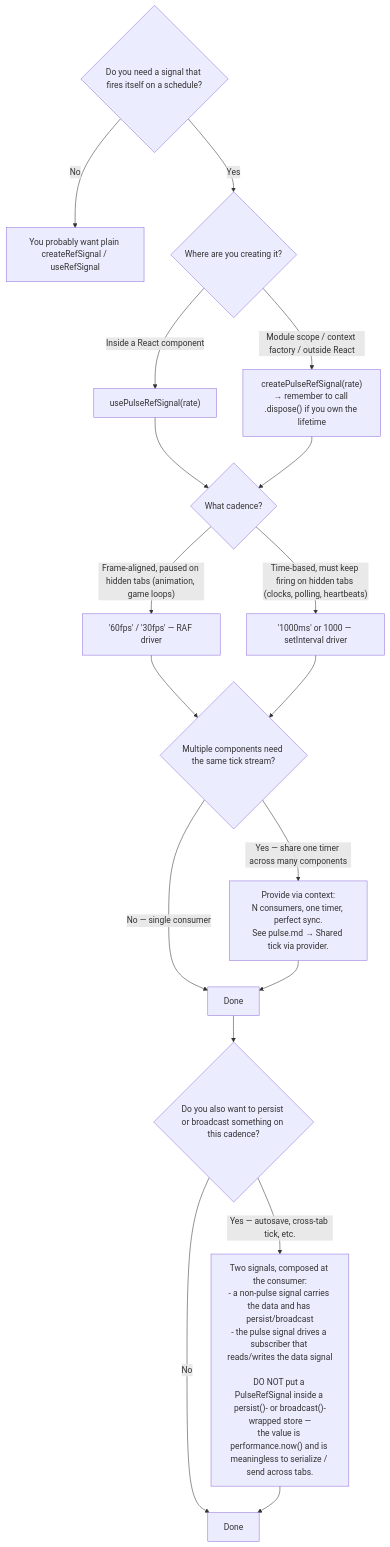
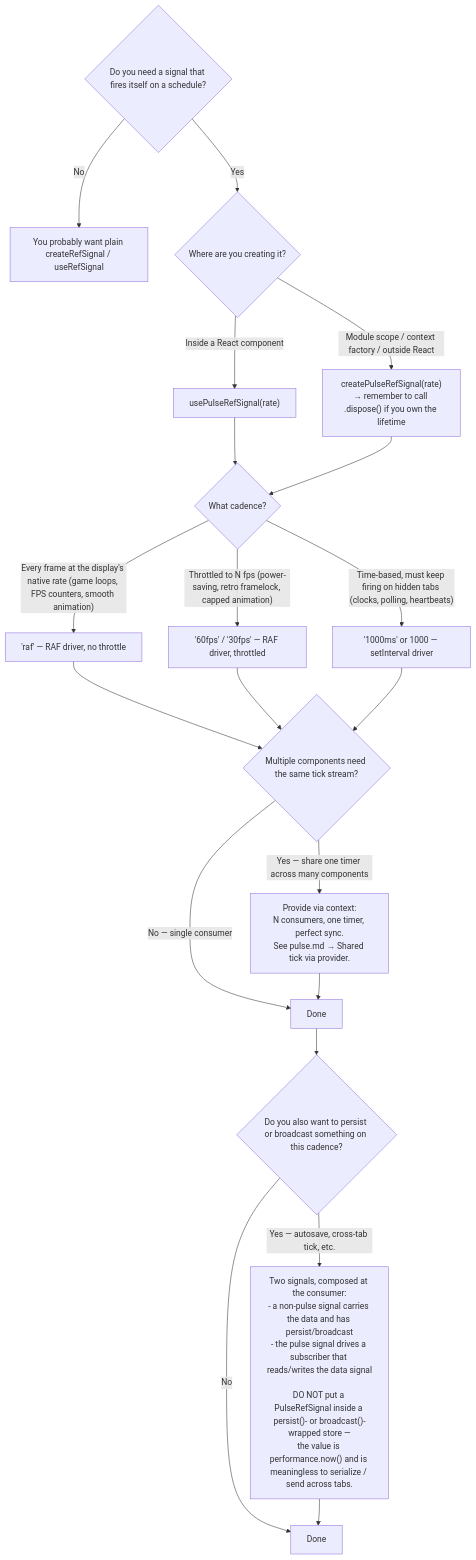
Before and after one commit to jav974/react-refsignal: diagram 12 of 12 in docs/decision-tree.md, drawn with Mermaid. The commit also changed 5 other files, not shown here.

Commit message:
feat: 'raf' pulse rate

````diff
--- a/docs/decision-tree.md
+++ b/docs/decision-tree.md
@@ -289,24 +289,25 @@
 ```mermaid
 flowchart TD
     Q1{"Do you need a signal that fires itself on a schedule?"}
     Q1 -->|No| Done0["You probably want plain createRefSignal / useRefSignal"]
     Q1 -->|Yes| Q2{"Where are you creating it?"}
 
     Q2 -->|"Inside a React component"| A["usePulseRefSignal(rate)"]
     Q2 -->|"Module scope / context factory / outside React"| B["createPulseRefSignal(rate)\n→ remember to call .dispose() if you own the lifetime"]
 
     A & B --> Q3{"What cadence?"}
-    Q3 -->|"Frame-aligned, paused on hidden tabs (animation, game loops)"| F["'60fps' / '30fps' — RAF driver"]
+    Q3 -->|"Every frame at the display's native rate (game loops, FPS counters, smooth animation)"| R["'raf' — RAF driver, no throttle"]
+    Q3 -->|"Throttled to N fps (power-saving, retro framelock, capped animation)"| F["'60fps' / '30fps' — RAF driver, throttled"]
     Q3 -->|"Time-based, must keep firing on hidden tabs (clocks, polling, heartbeats)"| M["'1000ms' or 1000 — setInterval driver"]
 
-    F & M --> Q4{"Multiple components need the same tick stream?"}
+    R & F & M --> Q4{"Multiple components need the same tick stream?"}
     Q4 -->|"No — single consumer"| Done1[Done]
     Q4 -->|"Yes — share one timer across many components"| P["Provide via context:\nN consumers, one timer, perfect sync.\nSee pulse.md → Shared tick via provider."]
 
     P --> Done1
 
     Done1 --> Q5{"Do you also want to persist or broadcast something on this cadence?"}
     Q5 -->|No| End[Done]
     Q5 -->|"Yes — autosave, cross-tab tick, etc."| W["Two signals, composed at the consumer:\n- a non-pulse signal carries the data and has persist/broadcast\n- the pulse signal drives a subscriber that reads/writes the data signal\n\nDO NOT put a PulseRefSignal inside a persist()- or broadcast()-wrapped store —\nthe value is performance.now() and is meaningless to serialize / send across tabs."]
     W --> End
 ```
````
